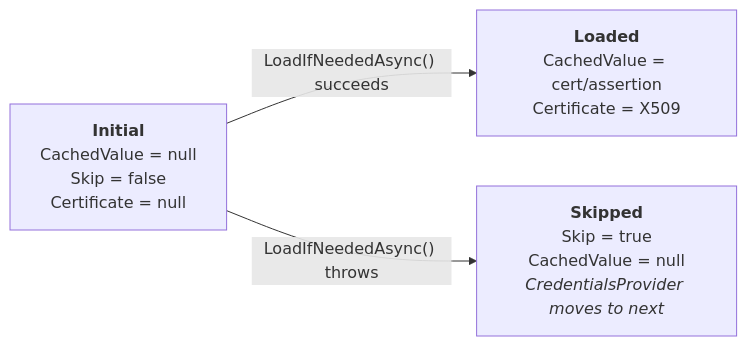
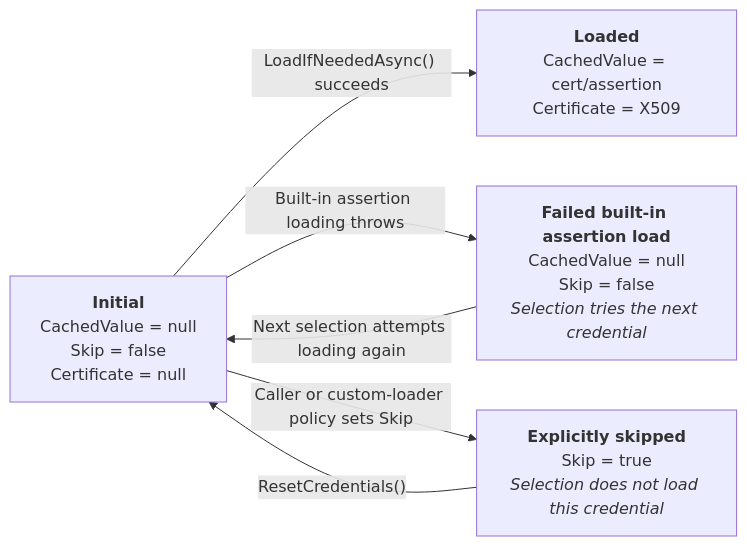
One commit to AzureAD/microsoft-identity-web changed the second of 4 diagrams in docs/design/credential-architecture.md. Above: the diagram before and after it, drawn with Mermaid. The commit also changed other lines of this file and 9 other files, not shown here.

First line of the commit message:
Fix built-in assertion credential recovery

````diff
--- a/docs/design/credential-architecture.md
+++ b/docs/design/credential-architecture.md
@@ -61,9 +61,13 @@
 ```mermaid
 flowchart LR
     Initial["<b>Initial</b><br/>CachedValue = null<br/>Skip = false<br/>Certificate = null"]
     Loaded["<b>Loaded</b><br/>CachedValue = cert/assertion<br/>Certificate = X509"]
-    Skipped["<b>Skipped</b><br/>Skip = true<br/>CachedValue = null<br/><i>CredentialsProvider moves to next</i>"]
+    Retryable["<b>Failed built-in assertion load</b><br/>CachedValue = null<br/>Skip = false<br/><i>Selection tries the next credential</i>"]
+    Skipped["<b>Explicitly skipped</b><br/>Skip = true<br/><i>Selection does not load this credential</i>"]
 
     Initial -->|"LoadIfNeededAsync() succeeds"| Loaded
-    Initial -->|"LoadIfNeededAsync() throws"| Skipped
+    Initial -->|"Built-in assertion loading throws"| Retryable
+    Retryable -->|"Next selection attempts loading again"| Initial
+    Initial -->|"Caller or custom-loader policy sets Skip"| Skipped
+    Skipped -->|"ResetCredentials()"| Initial
 ```
````
